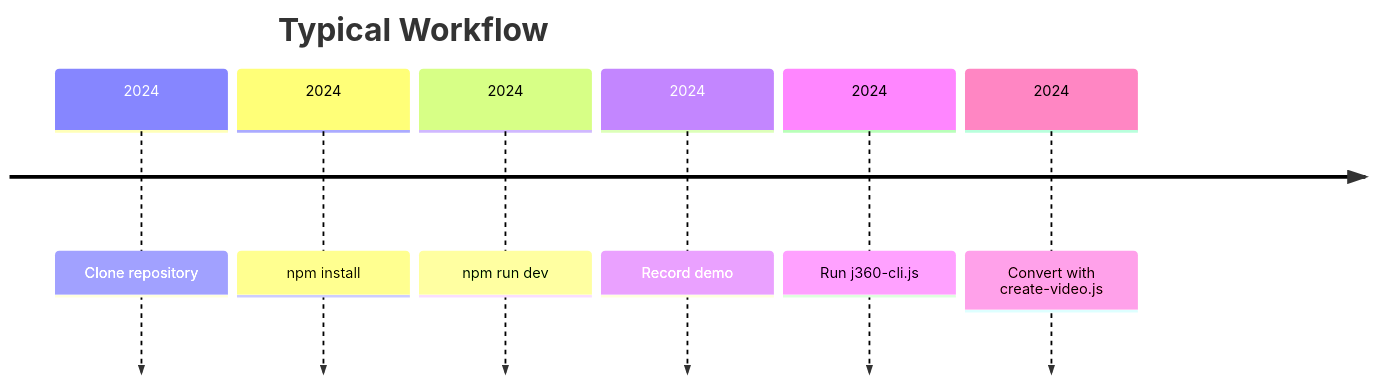
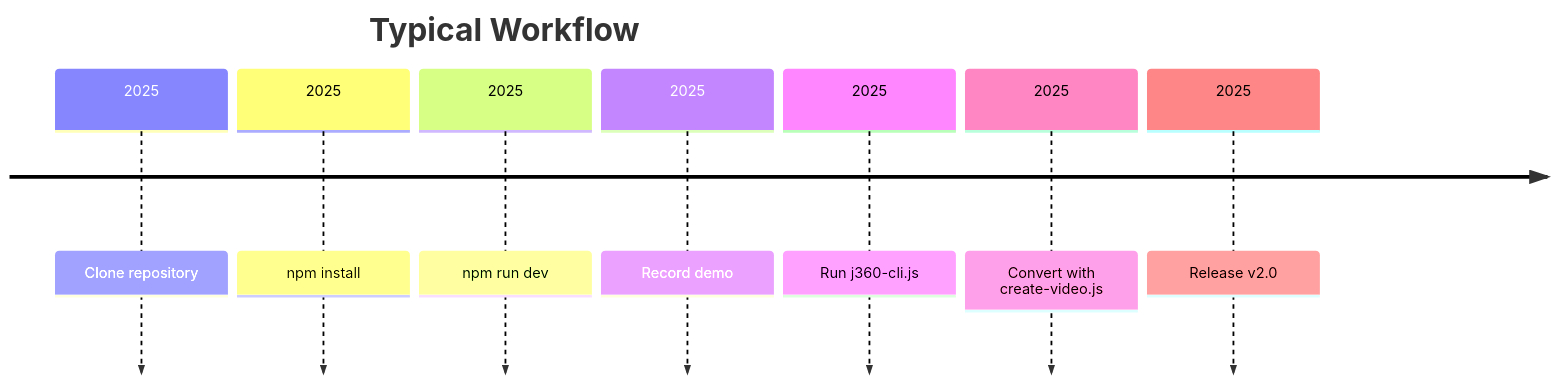
Before and after one commit to imgntn/j360: the fourth of 5 diagrams in docs/DIAGRAMS.md, drawn with Mermaid. The commit also changed other lines of this file and 1 other file, not shown here.

Commit message:
docs: refresh diagrams and intro

````diff
--- a/docs/DIAGRAMS.md
+++ b/docs/DIAGRAMS.md
@@ -60,10 +60,11 @@
 ```mermaid
 timeline
     title Typical Workflow
-    2024 : Clone repository
-    2024 : npm install
-    2024 : npm run dev
-    2024 : Record demo
-    2024 : Run j360-cli.js
-    2024 : Convert with create-video.js
+    2025 : Clone repository
+    2025 : npm install
+    2025 : npm run dev
+    2025 : Record demo
+    2025 : Run j360-cli.js
+    2025 : Convert with create-video.js
+    2025 : Release v2.0
 ```
````
